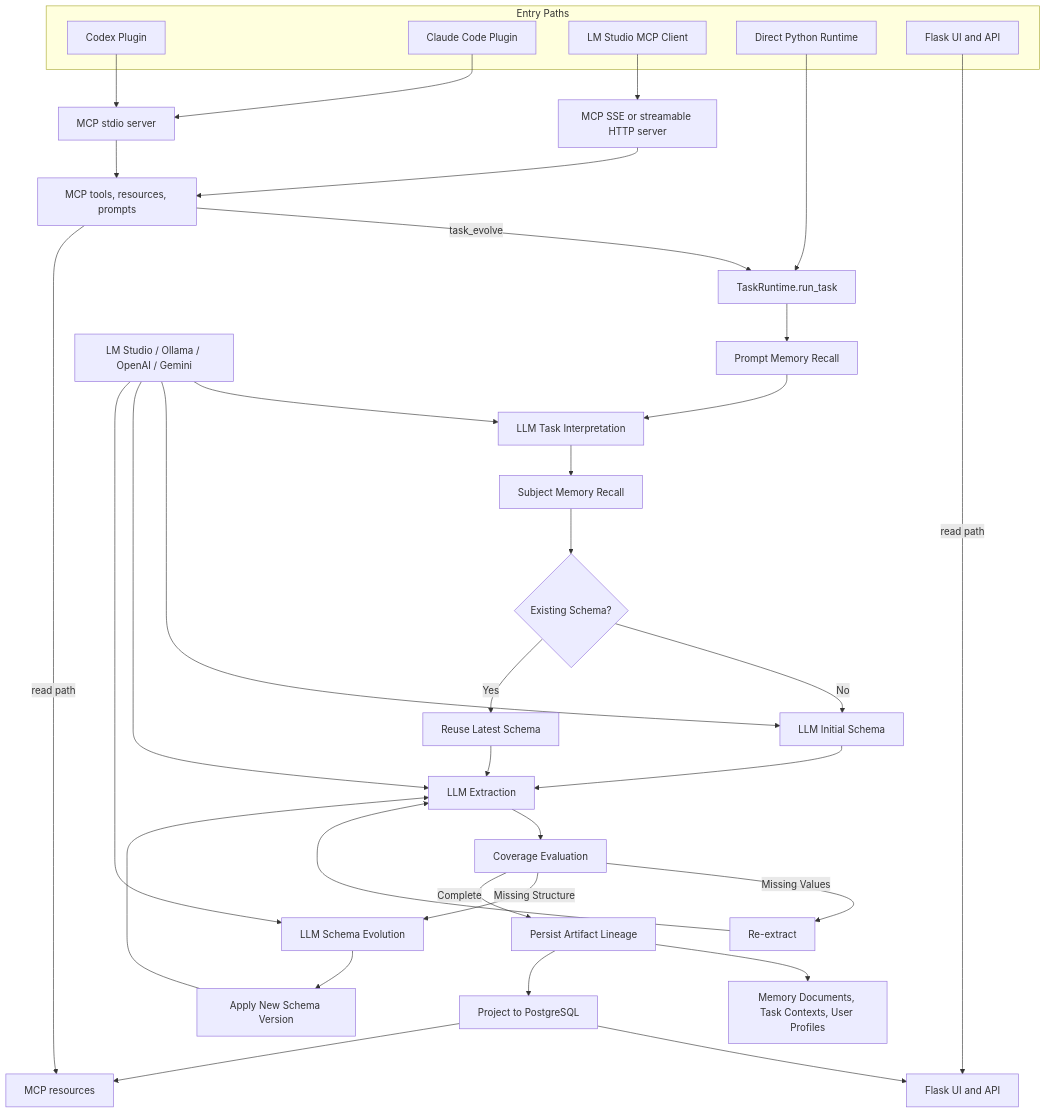
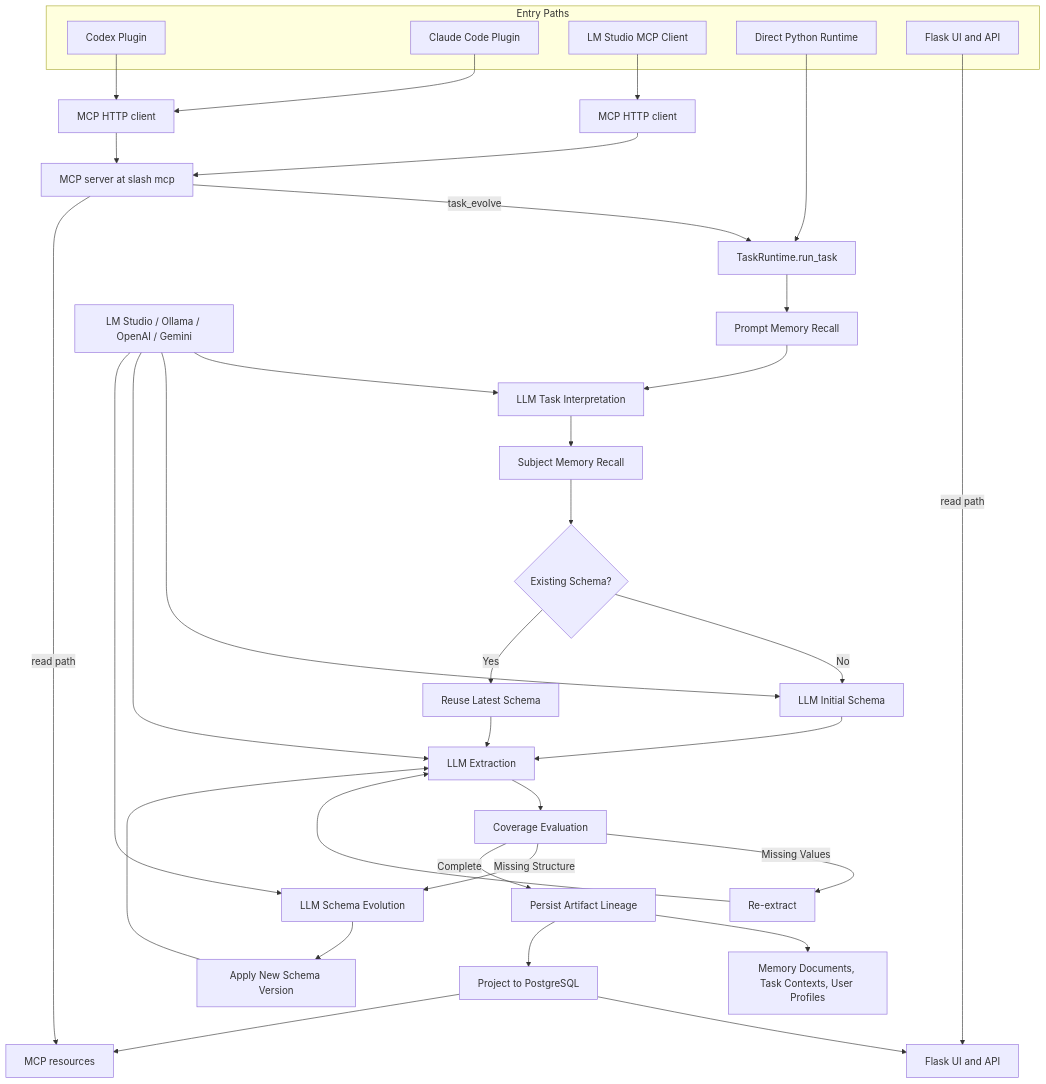
The diagram in README.md (kawayuta/TraceRelay), drawn with Mermaid before and after one commit. The commit also changed other lines of this file and 19 other files, not shown here.

````diff
--- a/README.md
+++ b/README.md
@@ -167,46 +167,46 @@
 ```mermaid
 flowchart TD
     subgraph Entry["Entry Paths"]
       A[Codex Plugin]
       B[Claude Code Plugin]
       C[LM Studio MCP Client]
       D[Direct Python Runtime]
       E[Flask UI and API]
     end
 
-    A --> F[MCP stdio server]
+    A --> F[MCP HTTP client]
     B --> F
-    C --> G[MCP SSE or streamable HTTP server]
-    F --> H[MCP tools, resources, prompts]
+    C --> G[MCP HTTP client]
+    F --> H[MCP server at slash mcp]
     G --> H
     D --> I[TaskRuntime.run_task]
     H -->|task_evolve| I
 
     I --> J[Prompt Memory Recall]
     J --> K[LLM Task Interpretation]
     K --> L[Subject Memory Recall]
     L --> M{Existing Schema?}
     M -->|No| N[LLM Initial Schema]
     M -->|Yes| O[Reuse Latest Schema]
     N --> P[LLM Extraction]
     O --> P
     P --> Q[Coverage Evaluation]
     Q -->|Missing Values| R[Re-extract]
     R --> P
     Q -->|Missing Structure| S[LLM Schema Evolution]
     S --> T[Apply New Schema Version]
     T --> P
     Q -->|Complete| U[Persist Artifact Lineage]
 
     V[LM Studio / Ollama / OpenAI / Gemini] --> K
     V --> N
     V --> P
     V --> S
 
     U --> W[Memory Documents, Task Contexts, User Profiles]
     U --> X[Project to PostgreSQL]
     X --> Y[Flask UI and API]
     X --> Z[MCP resources]
     E -->|read path| Y
     H -->|read path| Z
 ```
````
